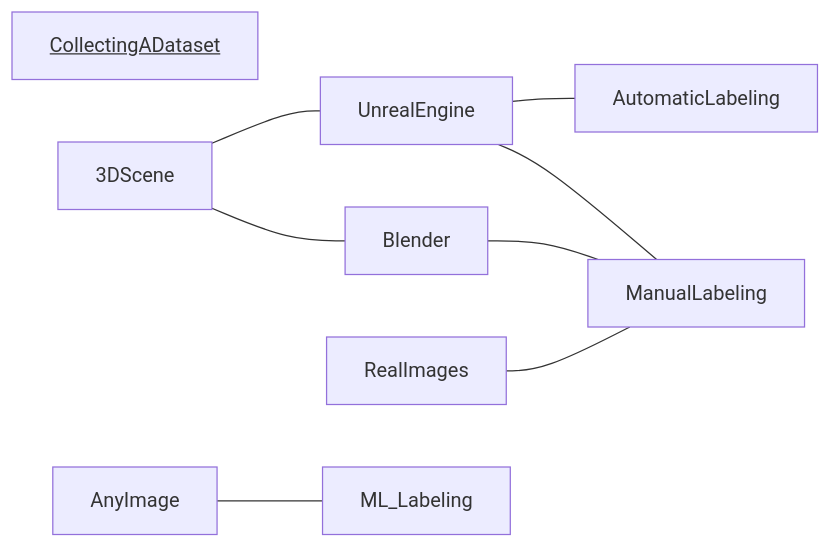
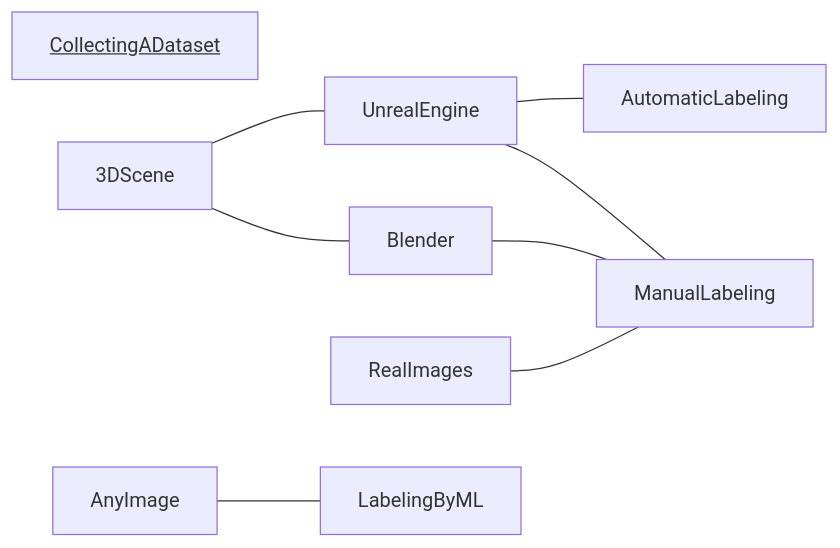
The first of 4 diagrams in ReadMe.md (RepnikovPavel/FurnitureDetection), drawn with Mermaid before and after one commit. The commit also changed other lines of this file and 5 other files, not shown here.

````diff
--- a/ReadMe.md
+++ b/ReadMe.md
@@ -43,11 +43,11 @@
 ```mermaid
 graph LR
 title[<u>CollectingADataset</u>]
 3DScene --- Blender
 Blender --- ManualLabeling
 3DScene --- UnrealEngine
 UnrealEngine --- ManualLabeling
 UnrealEngine --- AutomaticLabeling
 RealImages --- ManualLabeling
-AnyImage --- ML_Labeling
+AnyImage --- LabelingByML
 ```  
````
